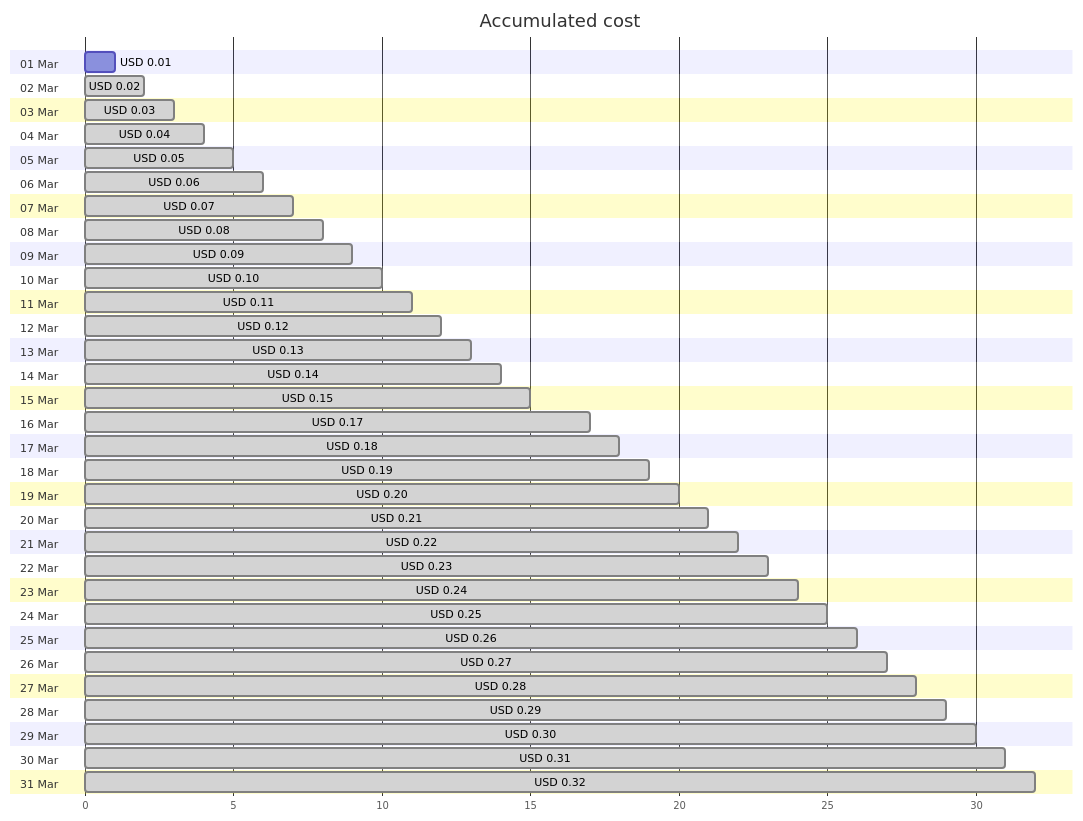
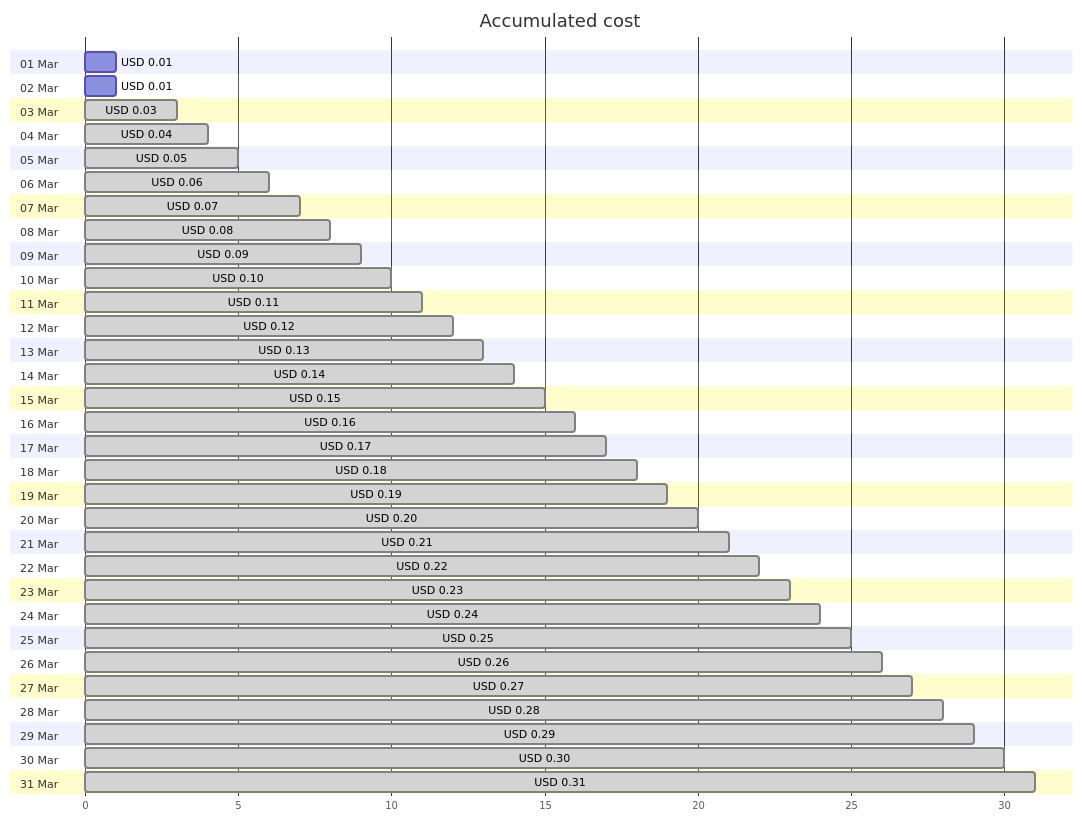
One commit to jpfulton/azure-personal-reports changed the first of 4 diagrams in cost-reports/cloud-shell-storage-eastus/README.md. Above: the diagram before and after it, drawn with Mermaid. The commit also changed other lines of this file and 1 other file, not shown here.

````diff
--- a/cost-reports/cloud-shell-storage-eastus/README.md
+++ b/cost-reports/cloud-shell-storage-eastus/README.md
@@ -20,68 +20,68 @@
 ```mermaid
 gantt
    title Accumulated cost
    dateFormat  X
    axisFormat %s
    section 01 Mar
    USD 0.01 :0, 1
    section 02 Mar
-   USD 0.02 : done, 0, 2
+   USD 0.01 :0, 1
    section 03 Mar
    USD 0.03 : done, 0, 3
    section 04 Mar
    USD 0.04 : done, 0, 4
    section 05 Mar
    USD 0.05 : done, 0, 5
    section 06 Mar
    USD 0.06 : done, 0, 6
    section 07 Mar
    USD 0.07 : done, 0, 7
    section 08 Mar
    USD 0.08 : done, 0, 8
    section 09 Mar
    USD 0.09 : done, 0, 9
    section 10 Mar
    USD 0.10 : done, 0, 10
    section 11 Mar
    USD 0.11 : done, 0, 11
    section 12 Mar
    USD 0.12 : done, 0, 12
    section 13 Mar
    USD 0.13 : done, 0, 13
    section 14 Mar
    USD 0.14 : done, 0, 14
    section 15 Mar
    USD 0.15 : done, 0, 15
    section 16 Mar
+   USD 0.16 : done, 0, 16
+   section 17 Mar
    USD 0.17 : done, 0, 17
-   section 17 Mar
+   section 18 Mar
    USD 0.18 : done, 0, 18
-   section 18 Mar
+   section 19 Mar
    USD 0.19 : done, 0, 19
-   section 19 Mar
+   section 20 Mar
    USD 0.20 : done, 0, 20
-   section 20 Mar
+   section 21 Mar
    USD 0.21 : done, 0, 21
-   section 21 Mar
+   section 22 Mar
    USD 0.22 : done, 0, 22
-   section 22 Mar
+   section 23 Mar
    USD 0.23 : done, 0, 23
-   section 23 Mar
+   section 24 Mar
    USD 0.24 : done, 0, 24
-   section 24 Mar
+   section 25 Mar
    USD 0.25 : done, 0, 25
-   section 25 Mar
+   section 26 Mar
    USD 0.26 : done, 0, 26
-   section 26 Mar
+   section 27 Mar
    USD 0.27 : done, 0, 27
-   section 27 Mar
+   section 28 Mar
    USD 0.28 : done, 0, 28
-   section 28 Mar
+   section 29 Mar
    USD 0.29 : done, 0, 29
-   section 29 Mar
+   section 30 Mar
    USD 0.30 : done, 0, 30
-   section 30 Mar
+   section 31 Mar
    USD 0.31 : done, 0, 31
-   section 31 Mar
-   USD 0.32 : done, 0, 32
 ```
````
